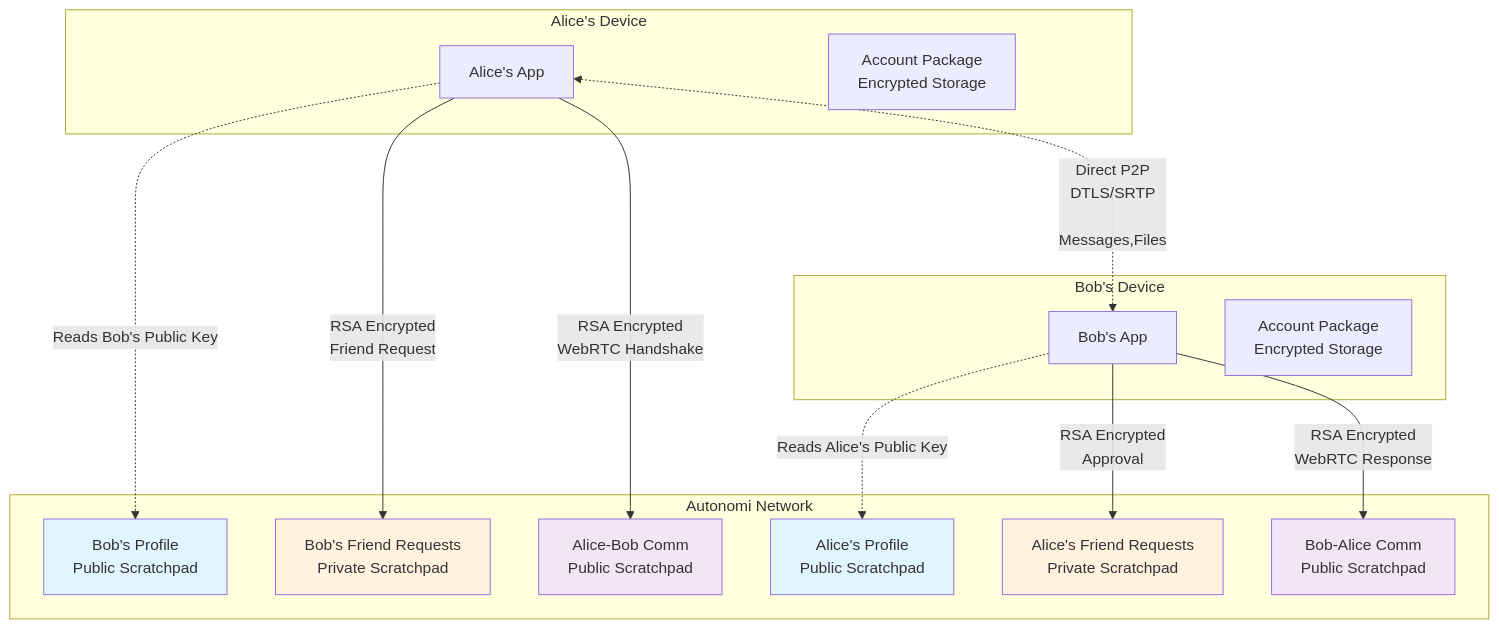
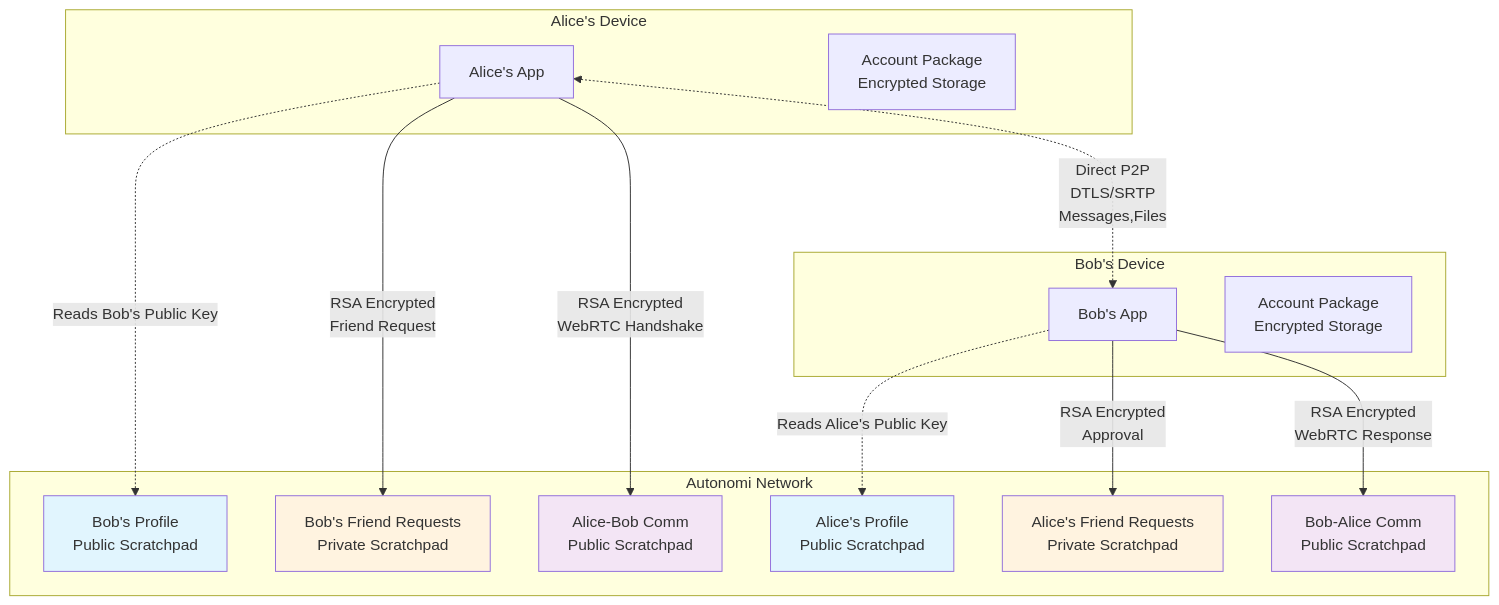
One commit to rid-dim/friends changed the fourth of 4 diagrams in README.md. Above: the diagram before and after it, drawn with Mermaid. The commit also changed other lines of this file, not shown here.

Commit message:
README.md aktualisiert

````diff
--- a/README.md
+++ b/README.md
@@ -235,38 +235,38 @@
 ```mermaid
 graph TB
     subgraph "Alice's Device"
         A1[Alice's App]
         A3[Account Package<br/>Encrypted Storage]
     end
     
     subgraph "Autonomi Network"
         AN1[Alice's Profile<br/>Public Scratchpad]
         AN2[Alice's Friend Requests<br/>Private Scratchpad]
         AN3[Alice-Bob Comm<br/>Public Scratchpad]
         AN4[Bob's Profile<br/>Public Scratchpad]
         AN5[Bob's Friend Requests<br/>Private Scratchpad]
         AN6[Bob-Alice Comm<br/>Public Scratchpad]
     end
     
     subgraph "Bob's Device"
         B1[Bob's App]
         B3[Account Package<br/>Encrypted Storage]
     end
     
     A1 -.->|"Reads Bob's Public Key"| AN4
     A1 -->|"RSA Encrypted<br/>Friend Request"| AN5
     B1 -.->|"Reads Alice's Public Key"| AN1
     B1 -->|"RSA Encrypted<br/>Approval"| AN2
     
     A1 -->|"RSA Encrypted<br/>WebRTC Handshake"| AN3
     B1 -->|"RSA Encrypted<br/>WebRTC Response"| AN6
     
-    A1 <-.->|"Direct P2P<br/>DTLS/SRTP<br><br>Messages,Files"| B1
+    A1 <-.->|"Direct P2P<br/>DTLS/SRTP<br/>Messages,Files"| B1
         
     style AN1 fill:#e1f5fe
     style AN2 fill:#fff3e0
     style AN3 fill:#f3e5f5
     style AN4 fill:#e1f5fe
     style AN5 fill:#fff3e0
     style AN6 fill:#f3e5f5
 ```
````
